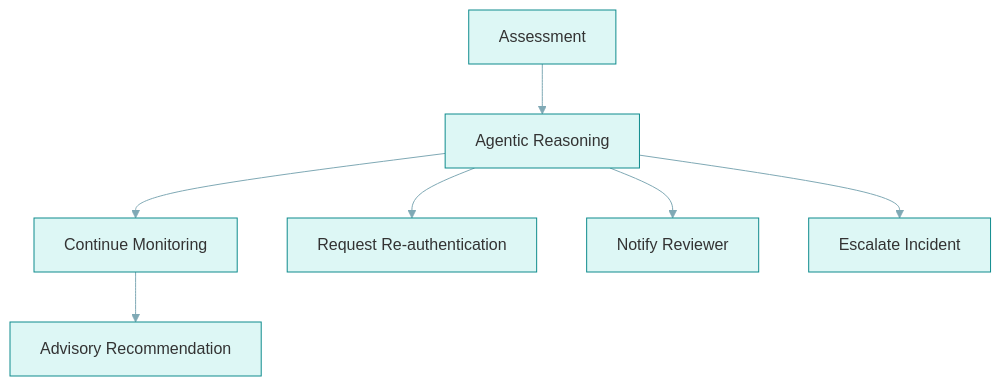
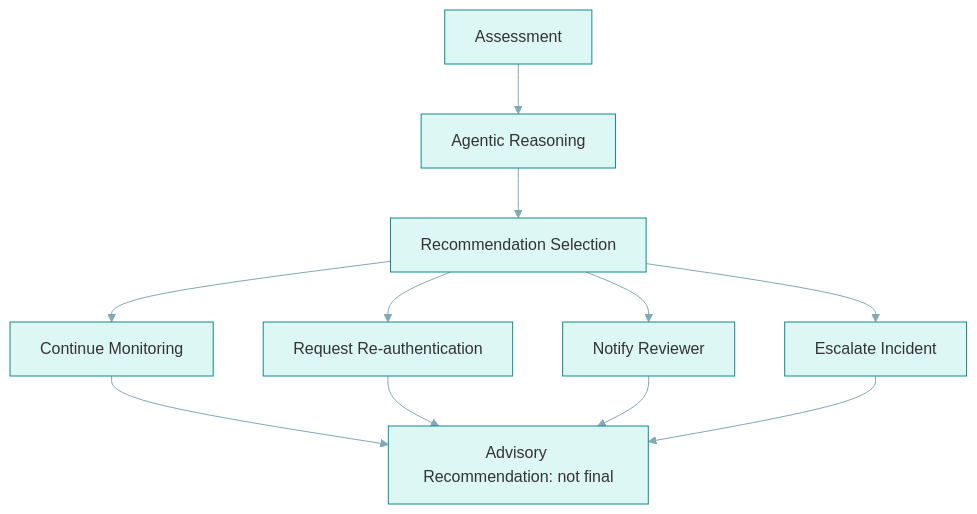
Before and after one commit to basil-emeokoro/SERPS: the diagram in docs/dissertation/chapter3/source/Figure3_8_Agentic_Decision_Support_Architecture.mmd, drawn with Mermaid. The commit also changed 176 other files, not shown here.

Commit message:
docs: freeze chapter three diagrams and correct POP status

```diff
--- a/docs/dissertation/chapter3/source/Figure3_8_Agentic_Decision_Support_Architecture.mmd
+++ b/docs/dissertation/chapter3/source/Figure3_8_Agentic_Decision_Support_Architecture.mmd
@@ -1,8 +1,12 @@
 %%{init: {'theme': 'base', 'themeVariables': {'primaryColor': '#DDF7F5', 'primaryBorderColor': '#0F8B8D', 'lineColor': '#7FA9B5', 'fontFamily': 'Segoe UI, Arial'}}}%%
 flowchart TB
   Assessment --> Agentic[Agentic Reasoning]
-  Agentic --> Continue[Continue Monitoring]
-  Agentic --> Reauth[Request Re-authentication]
-  Agentic --> Notify[Notify Reviewer]
-  Agentic --> Escalate[Escalate Incident]
-  Continue --> Recommendation[Advisory Recommendation]
+  Agentic --> Selection[Recommendation Selection]
+  Selection --> Continue[Continue Monitoring]
+  Selection --> Reauth[Request Re-authentication]
+  Selection --> Notify[Notify Reviewer]
+  Selection --> Escalate[Escalate Incident]
+  Continue --> Recommendation[Advisory Recommendation: not final]
+  Reauth --> Recommendation
+  Notify --> Recommendation
+  Escalate --> Recommendation
```
